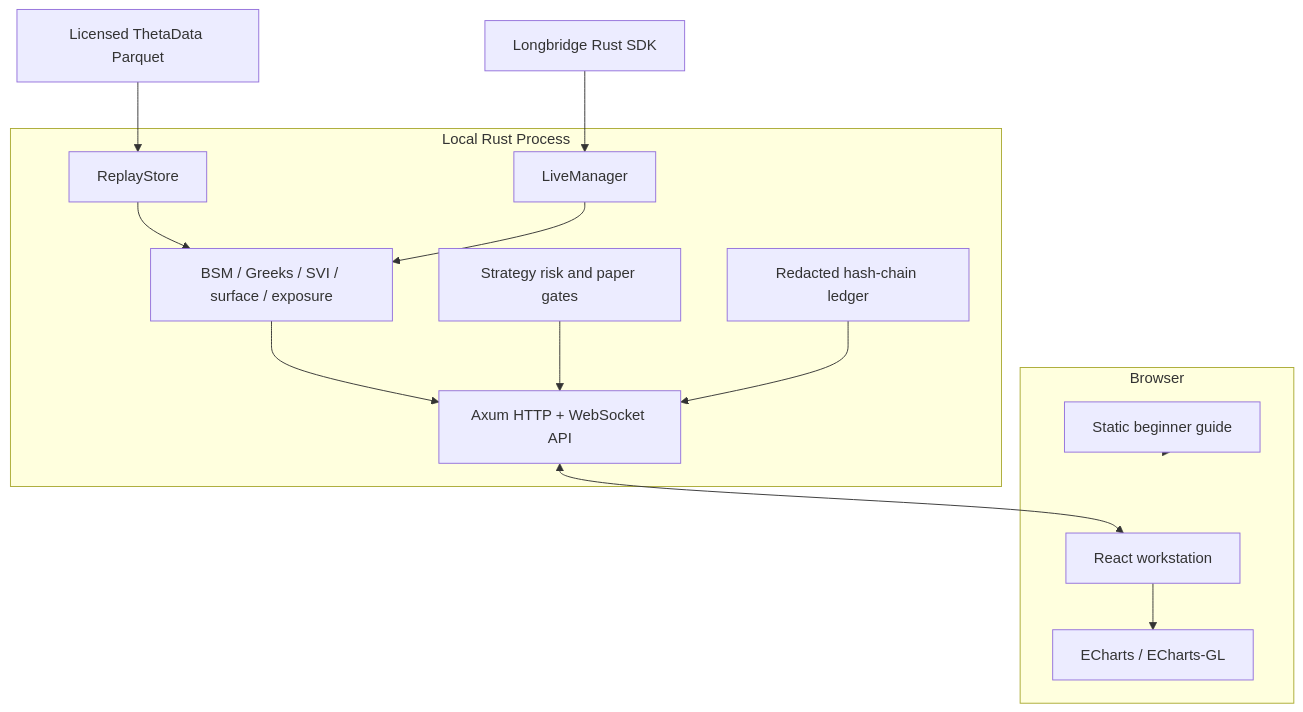
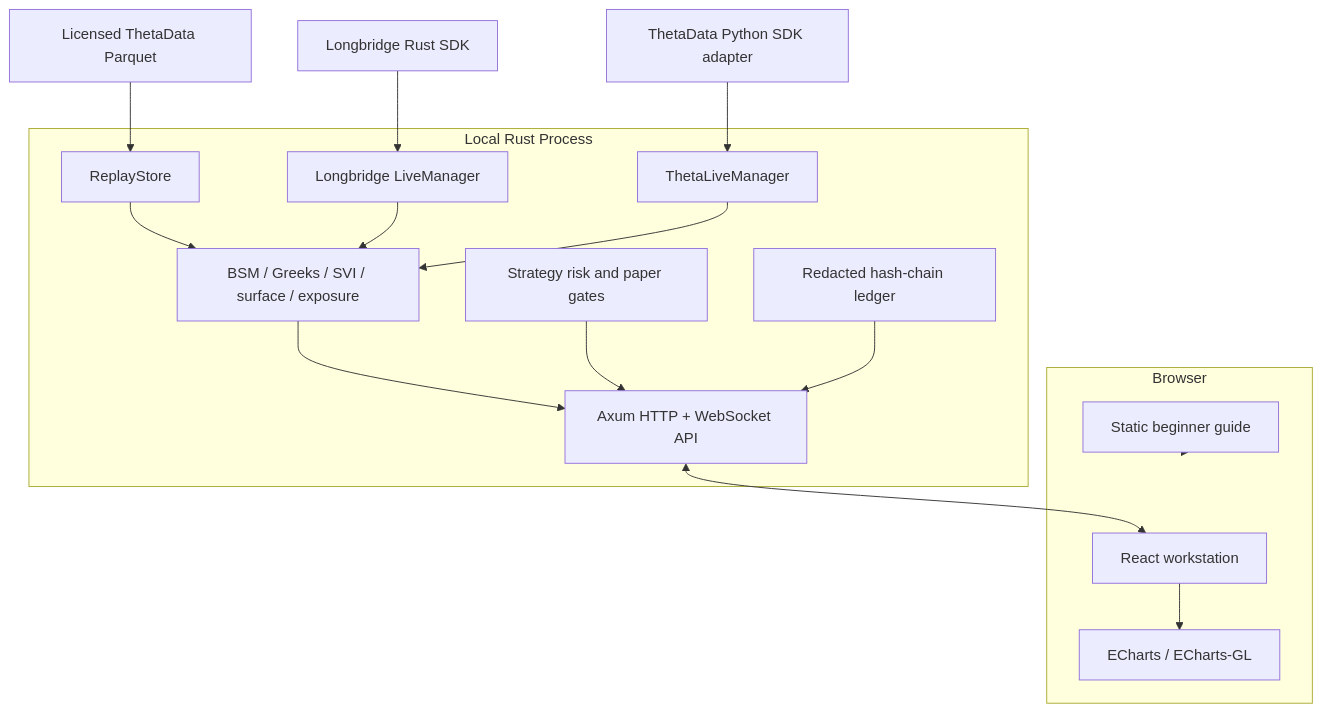
The first of 4 diagrams in docs/ARCHITECTURE.md (khakhasshi/OptionWorkstation), drawn with Mermaid before and after one commit. The commit also changed other lines of this file and 57 other files, not shown here.

First line of the commit message:
Improve replay and live analytics, research workspaces, and factor roadmap (#41)

````diff
--- a/docs/ARCHITECTURE.md
+++ b/docs/ARCHITECTURE.md
@@ -20,28 +20,31 @@
 ```mermaid
 flowchart TB
   subgraph Browser
     UI["React workstation"]
     CHART["ECharts / ECharts-GL"]
     GUIDE["Static beginner guide"]
   end
 
   subgraph Local Rust Process
     API["Axum HTTP + WebSocket API"]
     REPLAY["ReplayStore"]
-    LIVE["LiveManager"]
+    LIVE["Longbridge LiveManager"]
+    THETALIVE["ThetaLiveManager"]
     ANALYTICS["BSM / Greeks / SVI / surface / exposure"]
     STRATEGY["Strategy risk and paper gates"]
     AUDIT["Redacted hash-chain ledger"]
   end
 
   THETA["Licensed ThetaData Parquet"] --> REPLAY
   LB["Longbridge Rust SDK"] --> LIVE
+  THETASDK["ThetaData Python SDK adapter"] --> THETALIVE
   REPLAY --> ANALYTICS
   LIVE --> ANALYTICS
+  THETALIVE --> ANALYTICS
   ANALYTICS --> API
   STRATEGY --> API
   AUDIT --> API
   API <--> UI
   UI --> CHART
   GUIDE --> Browser
 ```
````
